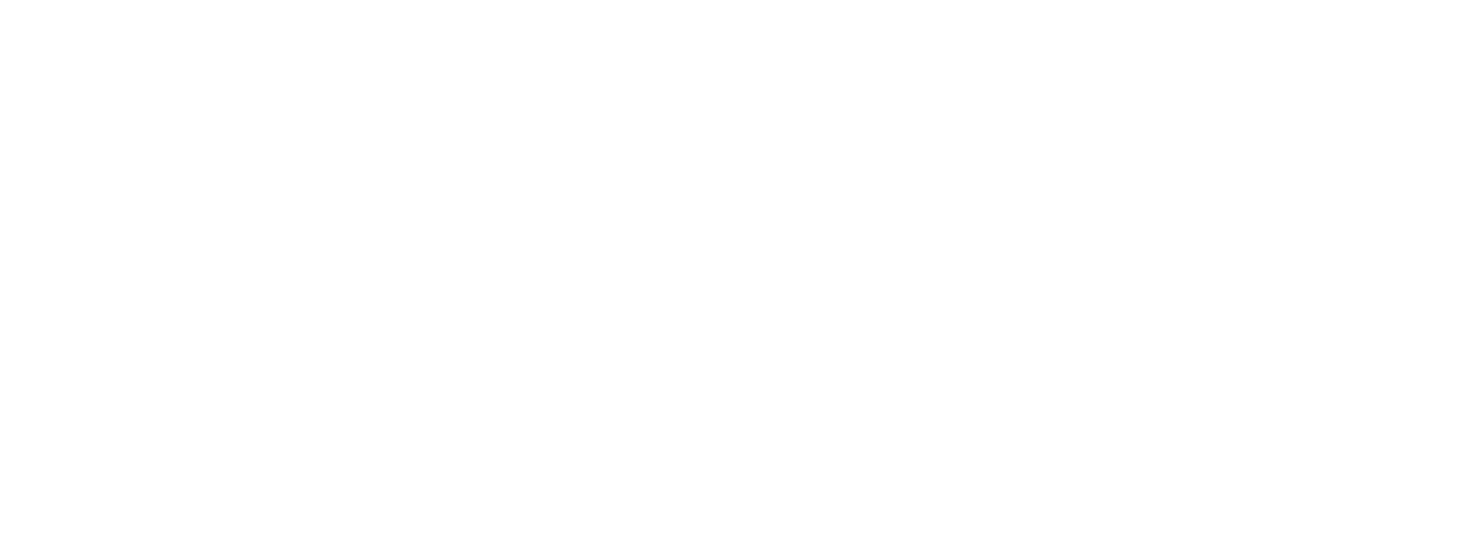
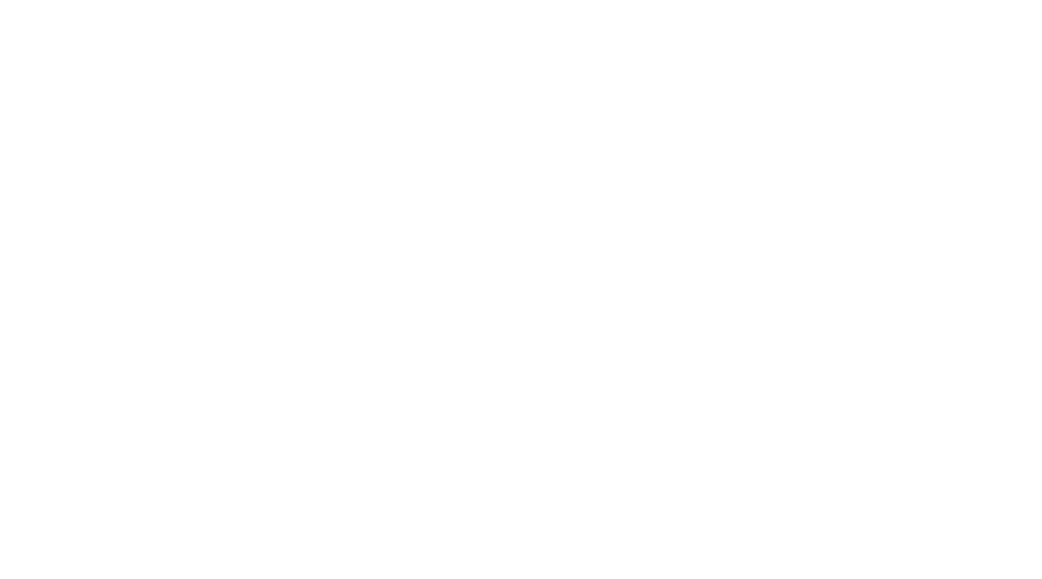
One commit to Cherrett/DFA-Learning-Toolkit changed the diagram in GO/Visualisation/test_leftright_ordered.dot. Above: the diagram before and after it, drawn with Graphviz. The commit also changed 21 other files, not shown here.

```diff
--- a/GO/Visualisation/test_leftright_ordered.dot
+++ b/GO/Visualisation/test_leftright_ordered.dot
@@ -1,32 +1,26 @@
 digraph g{
 	rankdir=LR;
 	graph [dpi=300 ordering="out"];
 	margin=0;
 	null [style=invis];
 	q0 [label="q0" shape="circle" fontname=verdana fontsize=8 color="black" fontcolor="black" style="filled" fillcolor="white"];
-	q1 [label="q1" shape="circle" fontname=verdana fontsize=8 color="black" fontcolor="black" style="setlinewidth(3),filled" fillcolor="white"];
-	q2 [label="q2" shape="circle" fontname=verdana fontsize=8 color="black" fontcolor="black" style="filled" fillcolor="white"];
-	q3 [label="q5" shape="circle" fontname=verdana fontsize=8 color="black" fontcolor="black" style="setlinewidth(3),filled" fillcolor="white"];
-	q4 [label="q3" shape="circle" fontname=verdana fontsize=8 color="black" fontcolor="black" style="filled" fillcolor="white"];
-	q5 [label="q6" shape="circle" peripheries=2 fontname=verdana fontsize=8 color="black" fontcolor="black" style="filled" fillcolor="white"];
+	q1 [label="q1" shape="circle" peripheries=2 fontname=verdana fontsize=8 color="black" fontcolor="black" style="filled" fillcolor="white"];
+	q2 [label="q3" shape="circle" peripheries=2 fontname=verdana fontsize=8 color="black" fontcolor="black" style="filled" fillcolor="white"];
+	q3 [label="q2" shape="circle" fontname=verdana fontsize=8 color="black" fontcolor="black" style="filled" fillcolor="white"];
+	q4 [label="q5" shape="circle" fontname=verdana fontsize=8 color="black" fontcolor="black" style="filled" fillcolor="white"];
+	q5 [label="q9" shape="circle" peripheries=2 fontname=verdana fontsize=8 color="black" fontcolor="black" style="filled" fillcolor="white"];
 	q6 [label="q4" shape="circle" fontname=verdana fontsize=8 color="black" fontcolor="black" style="filled" fillcolor="white"];
-	q7 [label="q8" shape="circle" fontname=verdana fontsize=8 color="black" fontcolor="black" style="setlinewidth(3),filled" fillcolor="white"];
-	q8 [label="q9" shape="circle" peripheries=2 fontname=verdana fontsize=8 color="black" fontcolor="black" style="filled" fillcolor="white"];
+	q7 [label="q8" shape="circle" peripheries=2 fontname=verdana fontsize=8 color="black" fontcolor="black" style="filled" fillcolor="white"];
+	q8 [label="q6" shape="circle" peripheries=2 fontname=verdana fontsize=8 color="black" fontcolor="black" style="filled" fillcolor="white"];
 	q9 [label="q7" shape="circle" fontname=verdana fontsize=8 color="black" fontcolor="black" style="setlinewidth(3),filled" fillcolor="white"];
-	q10 [label="q10" shape="circle" peripheries=2 fontname=verdana fontsize=8 color="black" fontcolor="black" style="filled" fillcolor="white"];
-	q11 [label="q11" shape="circle" fontname=verdana fontsize=8 color="black" fontcolor="black" style="filled" fillcolor="white"];
-	q12 [label="q12" shape="circle" peripheries=2 fontname=verdana fontsize=8 color="black" fontcolor="black" style="filled" fillcolor="white"];
 	null->q0;
-	q0->q1 [label="a" fontname=verdana fontsize=8];
-	q0->q2 [label="b" fontname=verdana fontsize=8];
-	q1->q4 [label="a" fontname=verdana fontsize=8];
-	q1->q6 [label="b" fontname=verdana fontsize=8];
-	q2->q3 [label="b" fontname=verdana fontsize=8];
-	q3->q8 [label="a" fontname=verdana fontsize=8];
-	q4->q5 [label="a" fontname=verdana fontsize=8];
-	q4->q9 [label="b" fontname=verdana fontsize=8];
+	q0->q3 [label="a" fontname=verdana fontsize=8];
+	q0->q1 [label="b" fontname=verdana fontsize=8];
+	q1->q2 [label="b" fontname=verdana fontsize=8];
+	q2->q9 [label="a" fontname=verdana fontsize=8];
+	q2->q8 [label="b" fontname=verdana fontsize=8];
+	q3->q6 [label="b" fontname=verdana fontsize=8];
+	q3->q4 [label="a" fontname=verdana fontsize=8];
+	q4->q5 [label="b" fontname=verdana fontsize=8];
 	q6->q7 [label="a" fontname=verdana fontsize=8];
-	q8->q11 [label="b" fontname=verdana fontsize=8];
-	q9->q10 [label="a" fontname=verdana fontsize=8];
-	q11->q12 [label="a" fontname=verdana fontsize=8];
 }
```
